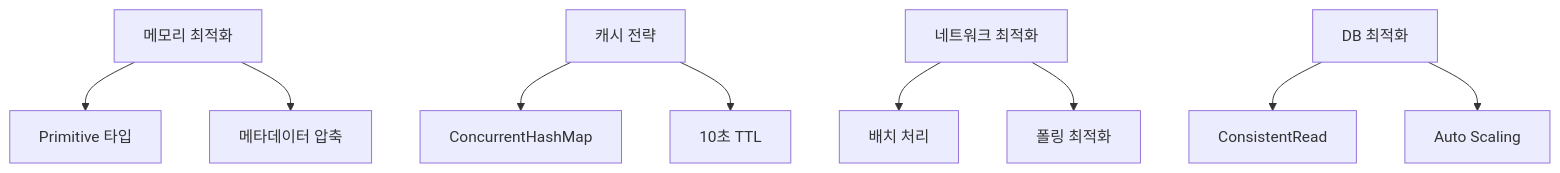
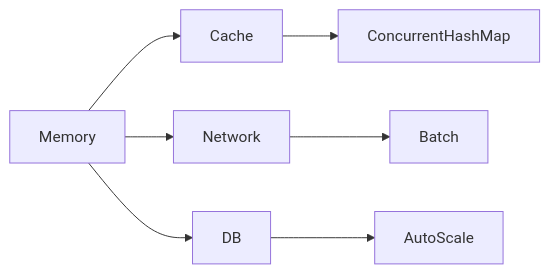
Before and after one commit to yeokyeong-yoon/yeokyeong-yoon.github.io: the third of 7 diagrams in _posts/2025-03-15-feature-flag-system.md, drawn with Mermaid. The commit also changed other lines of this file, not shown here.

Commit message:
docs: optimize mermaid diagrams for better rendering and size

````diff
--- a/_posts/2025-03-15-feature-flag-system.md
+++ b/_posts/2025-03-15-feature-flag-system.md
@@ -621,11 +543,9 @@
 ```mermaid
-graph TD
-    A[메모리 최적화] --> A1[Primitive 타입]
-    A --> A2[메타데이터 압축]
-    B[캐시 전략] --> B1[ConcurrentHashMap]
-    B --> B2[10초 TTL]
-    C[네트워크 최적화] --> C1[배치 처리]
-    C --> C2[폴링 최적화]
-    D[DB 최적화] --> D1[ConsistentRead]
-    D --> D2[Auto Scaling]
+graph LR
+    A[Memory] --> B[Cache]
+    A --> C[Network]
+    A --> D[DB]
+    B --> E[ConcurrentHashMap]
+    C --> F[Batch]
+    D --> G[AutoScale]
 ```
````
